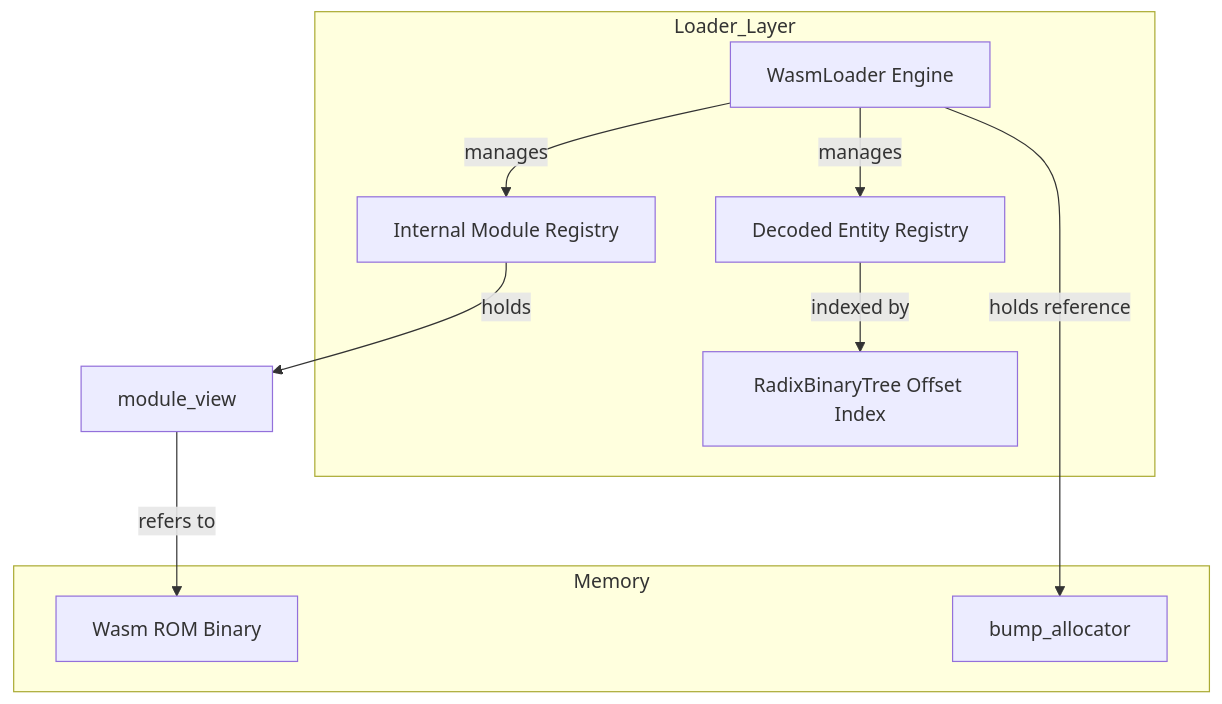
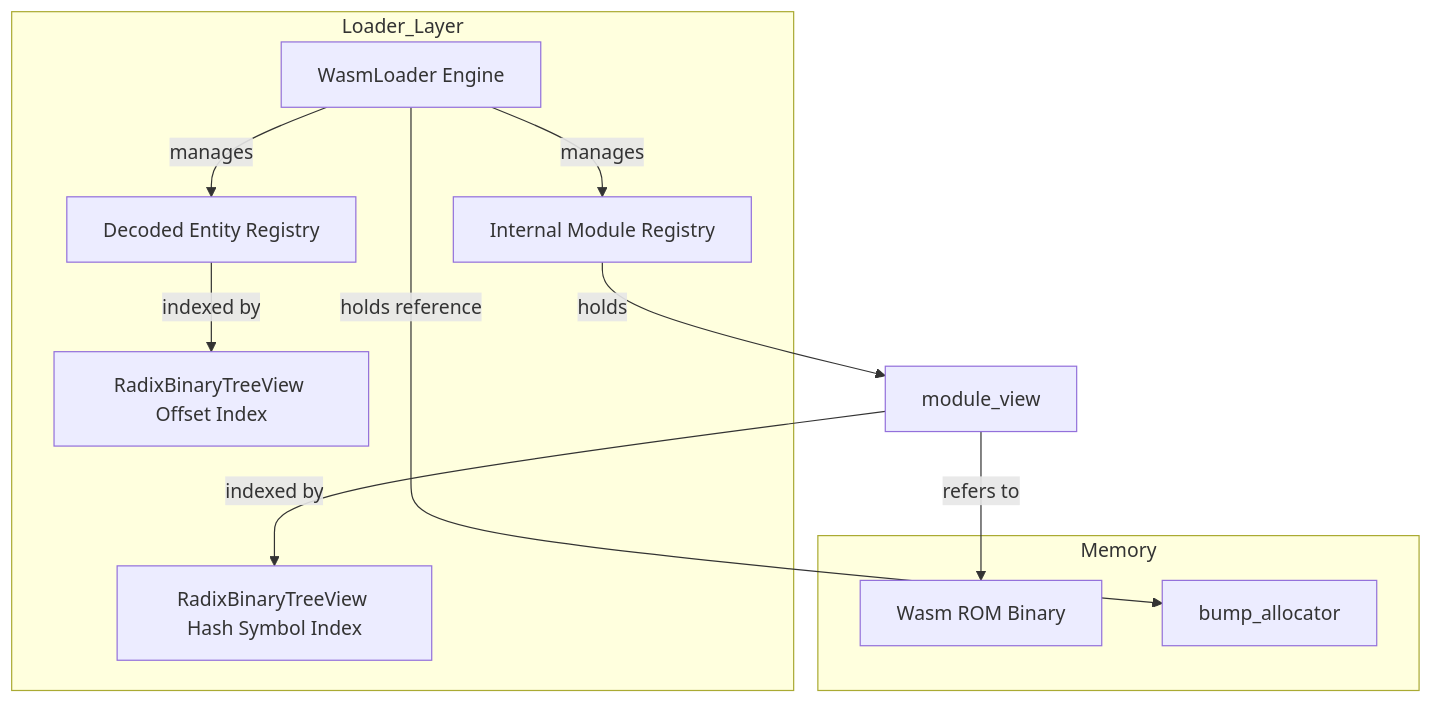
Before and after one commit to kmt-t/fireball: the first of 3 diagrams in docs/components/tier2_runtime/runtime_loader.md, drawn with Mermaid. The commit also changed other lines of this file and 5 other files, not shown here.

Commit message:
feat(loader): adopt RadixBinaryTreeView system container and hash-based import/export symbol resolution

````diff
--- a/docs/components/tier2_runtime/runtime_loader.md
+++ b/docs/components/tier2_runtime/runtime_loader.md
@@ -29,21 +30,23 @@
 ```mermaid
 graph TD
     subgraph Loader_Layer
         Loader[WasmLoader Engine]
         Registry[Internal Module Registry]
         EntityReg[Decoded Entity Registry]
-        RadixTree[RadixBinaryTree Offset Index]
+        RadixTree[RadixBinaryTreeView Offset Index]
+        SymbolTree[RadixBinaryTreeView Hash Symbol Index]
     end
 
     subgraph Memory
         ROM[Wasm ROM Binary]
         Alloc[bump_allocator]
     end
 
     Loader -- holds reference --> Alloc
     Loader -- manages --> Registry
     Loader -- manages --> EntityReg
     EntityReg -- indexed by --> RadixTree
     Registry -- holds --> View[module_view]
+    View -- indexed by --> SymbolTree
     View -- refers to --> ROM
 ```
````
